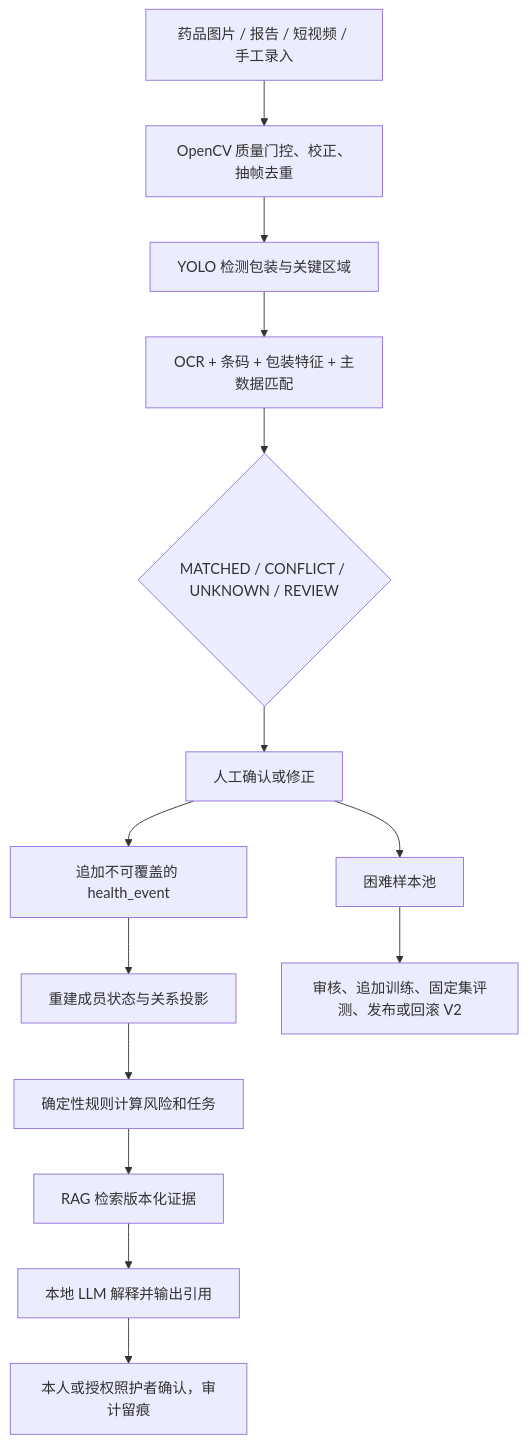
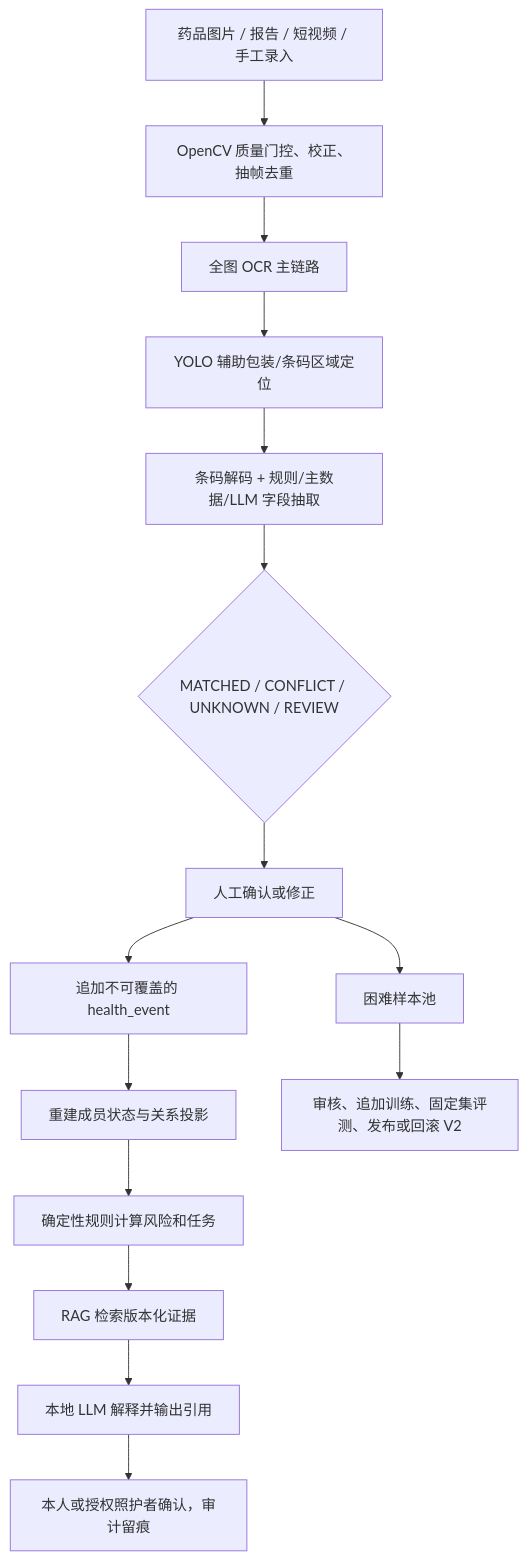
Before and after one commit to Meyt1n/issedu_ysu2026_3709: the first of 2 diagrams in README.md, drawn with Mermaid. The commit also changed other lines of this file and 16 other files, not shown here.

````diff
--- a/README.md
+++ b/README.md
@@ -41,16 +41,17 @@
 ```mermaid
 flowchart TD
     A["药品图片 / 报告 / 短视频 / 手工录入"] --> B["OpenCV 质量门控、校正、抽帧去重"]
-    B --> C["YOLO 检测包装与关键区域"]
-    C --> D["OCR + 条码 + 包装特征 + 主数据匹配"]
-    D --> E{"MATCHED / CONFLICT / UNKNOWN / REVIEW"}
-    E --> F["人工确认或修正"]
-    F --> G["追加不可覆盖的 health_event"]
-    G --> H["重建成员状态与关系投影"]
-    H --> I["确定性规则计算风险和任务"]
-    I --> J["RAG 检索版本化证据"]
-    J --> K["本地 LLM 解释并输出引用"]
-    K --> L["本人或授权照护者确认，审计留痕"]
-    F --> M["困难样本池"]
-    M --> N["审核、追加训练、固定集评测、发布或回滚 V2"]
+    B --> C["全图 OCR 主链路"]
+    C --> D["YOLO 辅助包装/条码区域定位"]
+    D --> E["条码解码 + 规则/主数据/LLM 字段抽取"]
+    E --> F{"MATCHED / CONFLICT / UNKNOWN / REVIEW"}
+    F --> G["人工确认或修正"]
+    G --> H["追加不可覆盖的 health_event"]
+    H --> I["重建成员状态与关系投影"]
+    I --> J["确定性规则计算风险和任务"]
+    J --> K["RAG 检索版本化证据"]
+    K --> L["本地 LLM 解释并输出引用"]
+    L --> M["本人或授权照护者确认，审计留痕"]
+    G --> N["困难样本池"]
+    N --> O["审核、追加训练、固定集评测、发布或回滚 V2"]
 ```
````
